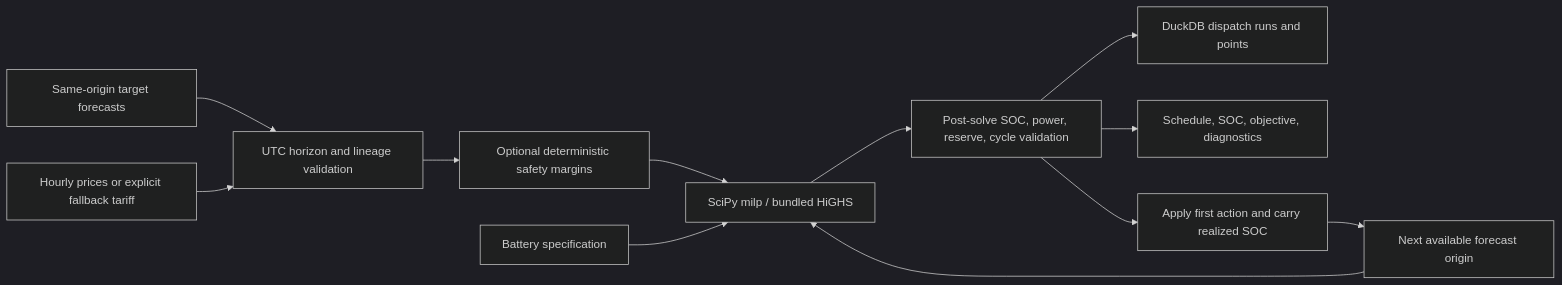
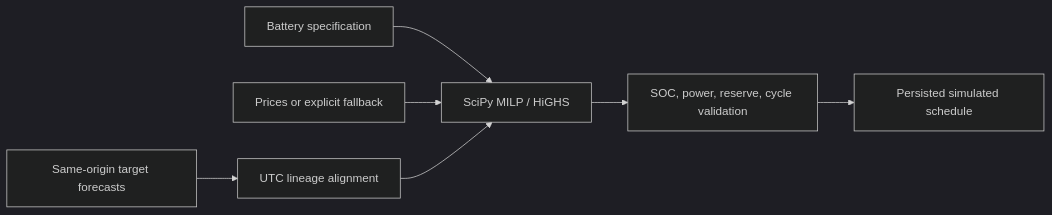
One commit to Lakshraj99/GridMind changed the fourth of 6 diagrams in README.md. Above: the diagram before and after it, drawn with Mermaid (dark theme). The commit also changed other lines of this file and 511 other files, not shown here.

````diff
--- a/README.md
+++ b/README.md
@@ -541,14 +86,9 @@
 ```mermaid
 flowchart LR
-    TF["Same-origin target forecasts"] --> Align["UTC horizon and lineage validation"]
-    Price["Hourly prices or explicit fallback tariff"] --> Align
-    Align --> Robust["Optional deterministic safety margins"]
-    Robust --> MILP["SciPy milp / bundled HiGHS"]
-    Spec["Battery specification"] --> MILP
-    MILP --> Physics["Post-solve SOC, power, reserve, cycle validation"]
-    Physics --> Duck["DuckDB dispatch runs and points"]
-    Physics --> Artifacts["Schedule, SOC, objective, diagnostics"]
-    Physics --> Roll["Apply first action and carry realized SOC"]
-    Roll --> Reopt["Next available forecast origin"]
-    Reopt --> MILP
+    Forecasts[Same-origin target forecasts] --> Align[UTC lineage alignment]
+    Spec[Battery specification] --> MILP[SciPy MILP / HiGHS]
+    Prices[Prices or explicit fallback] --> MILP
+    Align --> MILP
+    MILP --> Validate[SOC, power, reserve, cycle validation]
+    Validate --> Schedule[Persisted simulated schedule]
 ```
````
